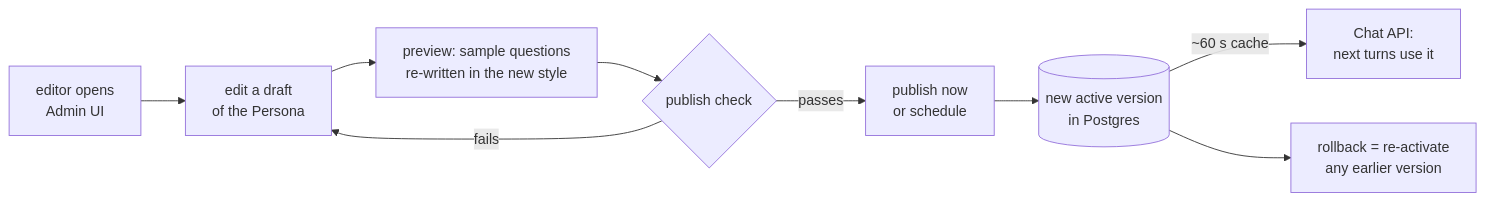
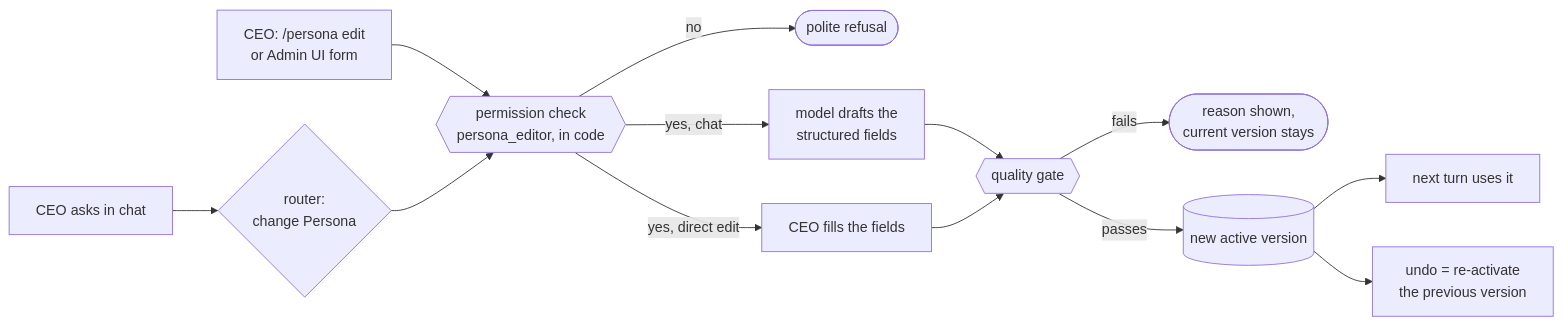
The second of 2 diagrams in docs/hld/09-persona-management.md (sternyishai/opsfleet-test), drawn with Mermaid before and after one commit. The commit also changed other lines of this file, not shown here.

First line of the commit message:
docs(hld): let the ceo change the persona in chat or by edit

````diff
--- a/docs/hld/09-persona-management.md
+++ b/docs/hld/09-persona-management.md
@@ -53,11 +68,15 @@
 ```mermaid
 flowchart LR
-    E[editor opens<br/>Admin UI] --> D[edit a draft<br/>of the Persona]
-    D --> V[preview: sample questions<br/>re-written in the new style]
-    V --> C{publish check}
-    C -- fails --> D
-    C -- passes --> S[publish now<br/>or schedule]
-    S --> A[(new active version<br/>in Postgres)]
-    A -- "~60 s cache" --> API[Chat API:<br/>next turns use it]
-    A --> R[rollback = re-activate<br/>any earlier version]
+    C1[CEO asks in chat] --> R{router:<br/>change Persona}
+    C2[CEO: /persona edit<br/>or Admin UI form] --> P
+    R --> P{{permission check<br/>persona_editor, in code}}
+    P -- no --> X([polite refusal])
+    P -- yes, chat --> D[model drafts the<br/>structured fields]
+    P -- yes, direct edit --> F[CEO fills the fields]
+    D --> G{{quality gate}}
+    F --> G
+    G -- fails --> K([reason shown,<br/>current version stays])
+    G -- passes --> V[(new active version)]
+    V --> N[next turn uses it]
+    V --> U[undo = re-activate<br/>the previous version]
 ```
````
